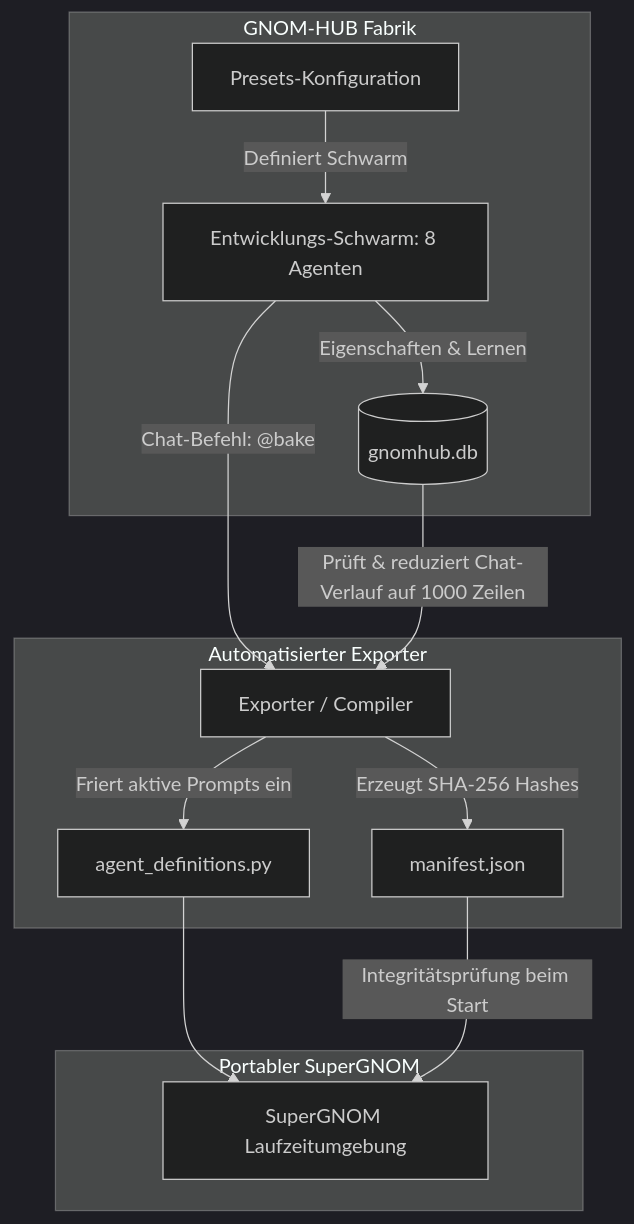
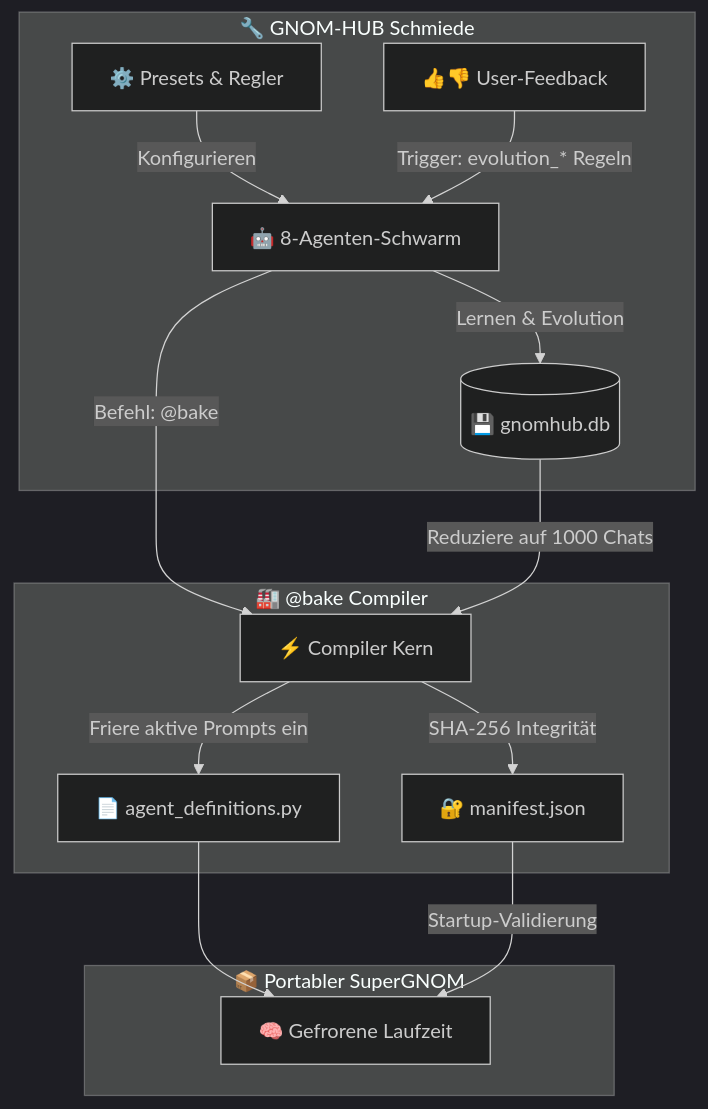
One commit to landjunge/Gnom-Hub-Clean changed the first of 2 diagrams in README.de.md. Above: the diagram before and after it, drawn with Mermaid (dark theme). The commit also changed other lines of this file, not shown here.

````diff
--- a/README.de.md
+++ b/README.de.md
@@ -42,19 +72,20 @@
 ```mermaid
 graph TD
-    subgraph Werkstatt [GNOM-HUB Fabrik]
-        P[Presets-Konfiguration] -->|Definiert Schwarm| GH[Entwicklungs-Schwarm: 8 Agenten]
-        GH -->|Eigenschaften & Lernen| DB[(gnomhub.db)]
+    subgraph Forge ["🔧 GNOM-HUB Schmiede"]
+        P["⚙️ Presets & Regler"] -->|Konfigurieren| GH["🤖 8-Agenten-Schwarm"]
+        GH -->|"Lernen & Evolution"| DB[("💾 gnomhub.db")]
+        FB["👍👎 User-Feedback"] -->|"Trigger: evolution_* Regeln"| GH
     end
     
-    subgraph Compiler [Automatisierter Exporter]
-        GH -->|Chat-Befehl: @bake| C[Exporter / Compiler]
-        DB -->|Prüft & reduziert Chat-Verlauf auf 1000 Zeilen| C
-        C -->|Friert aktive Prompts ein| AD[agent_definitions.py]
-        C -->|Erzeugt SHA-256 Hashes| M[manifest.json]
+    subgraph Compiler ["🏭 @bake Compiler"]
+        GH -->|"Befehl: @bake"| C["⚡ Compiler Kern"]
+        DB -->|"Reduziere auf 1000 Chats"| C
+        C -->|"Friere aktive Prompts ein"| AD["📄 agent_definitions.py"]
+        C -->|"SHA-256 Integrität"| M["🔐 manifest.json"]
     end
 
-    subgraph Endprodukt [Portabler SuperGNOM]
-        AD --> SG[SuperGNOM Laufzeitumgebung]
-        M -->|Integritätsprüfung beim Start| SG
+    subgraph Product ["📦 Portabler SuperGNOM"]
+        AD --> SG["🧠 Gefrorene Laufzeit"]
+        M -->|"Startup-Validierung"| SG
     end
 ```
````
